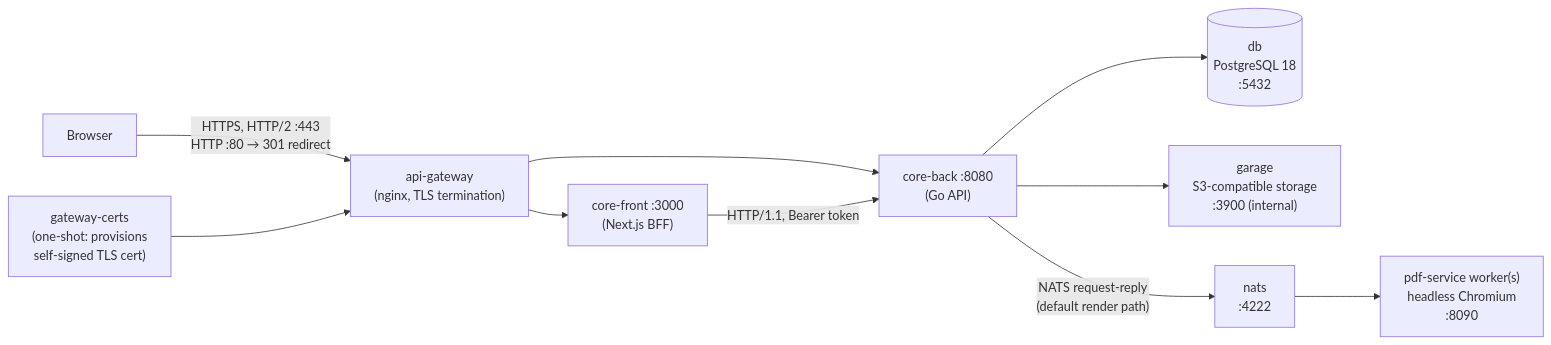
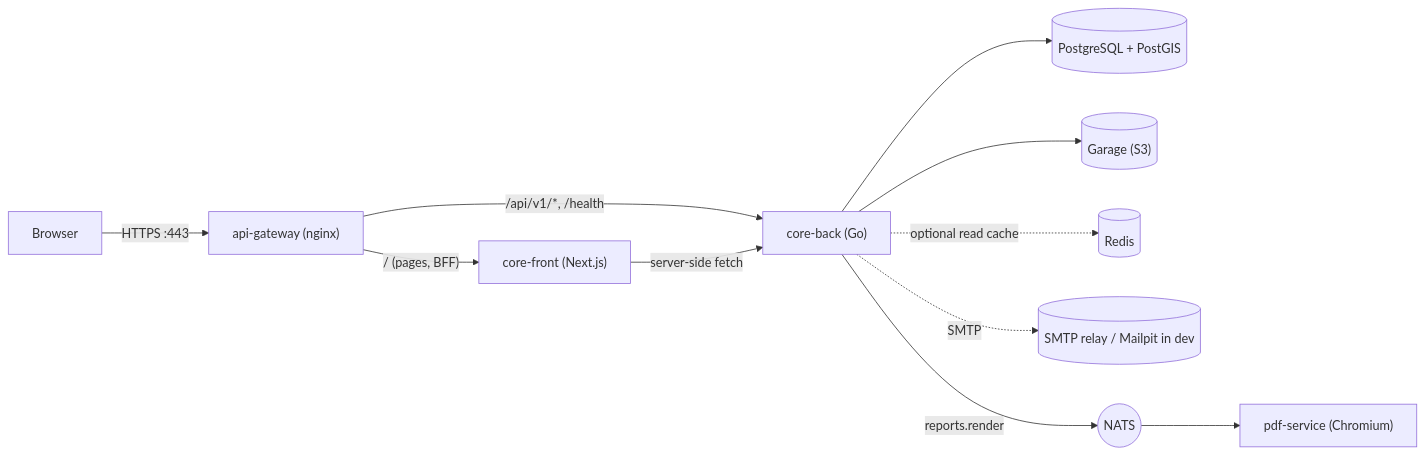
The first of 3 diagrams in docs/developer-guide/deployment.md (noiia/EERP-Documentation-Wiki), drawn with Mermaid before and after one commit. The commit also changed other lines of this file and 61 other files, not shown here.

````diff
--- a/docs/developer-guide/deployment.md
+++ b/docs/developer-guide/deployment.md
@@ -32,12 +23,13 @@
 ```mermaid
 flowchart LR
-    Browser -->|"HTTPS, HTTP/2 :443\nHTTP :80 → 301 redirect"| Gateway["api-gateway\n(nginx, TLS termination)"]
-    Gateway --> Front["core-front :3000\n(Next.js BFF)"]
-    Gateway --> Back["core-back :8080\n(Go API)"]
-    Front -->|HTTP/1.1, Bearer token| Back
-    Back --> DB[("db\nPostgreSQL 18\n:5432")]
-    Back --> Garage["garage\nS3-compatible storage\n:3900 (internal)"]
-    Back -->|"NATS request-reply\n(default render path)"| NATS["nats\n:4222"]
-    NATS --> PDF["pdf-service worker(s)\nheadless Chromium\n:8090"]
-    Certs["gateway-certs\n(one-shot: provisions\nself-signed TLS cert)"] --> Gateway
+    Browser -->|"HTTPS :443"| Gateway["api-gateway (nginx)"]
+    Gateway -->|"/ (pages, BFF)"| Front["core-front (Next.js)"]
+    Gateway -->|"/api/v1/*, /health"| Back["core-back (Go)"]
+    Front -->|"server-side fetch"| Back
+    Back --> DB[("PostgreSQL + PostGIS")]
+    Back --> Garage[("Garage (S3)")]
+    Back -.->|"optional read cache"| Redis[("Redis")]
+    Back -.->|"SMTP"| Mail[("SMTP relay / Mailpit in dev")]
+    Back -->|"reports.render"| NATS(("NATS"))
+    NATS --> PDF["pdf-service (Chromium)"]
 ```
````
